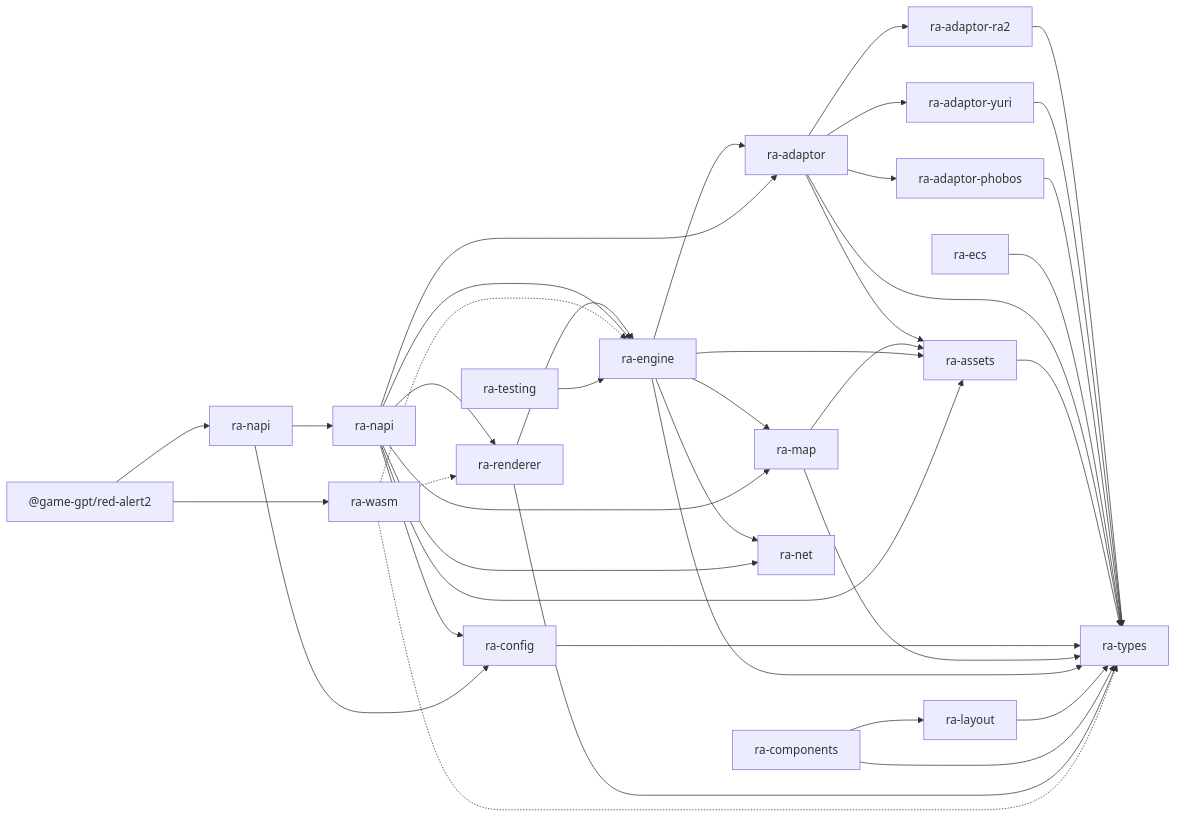
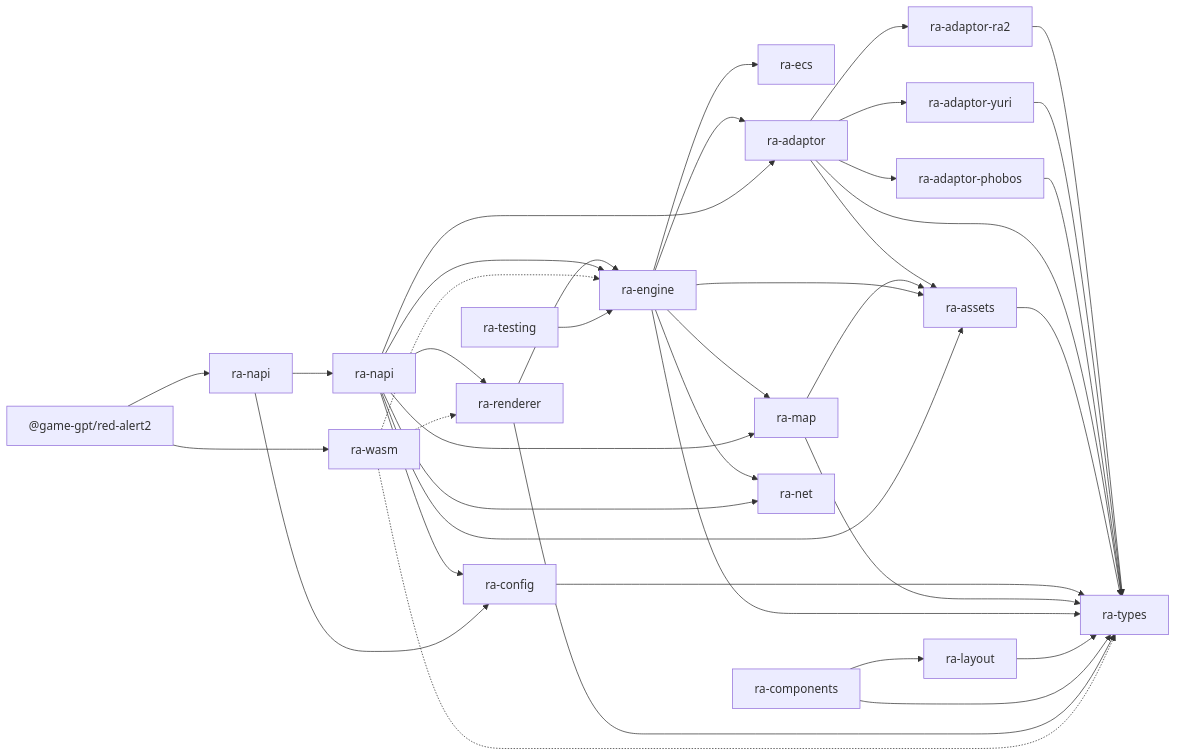
The third of 3 diagrams in readme.md (rust-alert/ra2.exe), drawn with Mermaid before and after one commit. The commit also changed other lines of this file and 8 other files, not shown here.

````diff
--- a/readme.md
+++ b/readme.md
@@ -198,60 +197,60 @@
 ```mermaid
 flowchart LR
     types[ra-types]
     ecs[ra-ecs]
     ra2a[ra-adaptor-ra2]
     yra[ra-adaptor-yuri]
     phobos[ra-adaptor-phobos]
     ad[ra-adaptor]
     as[ra-assets]
     cf[ra-config]
     mp[ra-map]
     eng[ra-engine]
     lay[ra-layout]
     comp[ra-components]
     re[ra-renderer]
     de[ra-napi]
     napi[ra-napi]
     host["@game-gpt/red-alert2"]
     we[ra-wasm]
     te[ra-testing]
     net[ra-net]
     ra2a --> types
     yra --> types
     phobos --> types
-    ecs --> types
     ad --> types
     ad --> as
     ad --> ra2a
     ad --> yra
     ad --> phobos
     as --> types
     cf --> types
     mp --> types
     mp --> as
     eng --> types
     eng --> ad
     eng --> mp
     eng --> as
     eng --> net
+    eng --> ecs
     lay --> types
     comp --> types
     comp --> lay
     re --> types
     re --> eng
     de --> ad
     de --> cf
     de --> as
     de --> mp
     de --> eng
     de --> re
     de --> net
     napi --> de
     napi --> cf
     host --> napi
     host --> we
     we -.-> types
     we -.-> eng
     we -.-> re
     te --> eng
 ```
````
